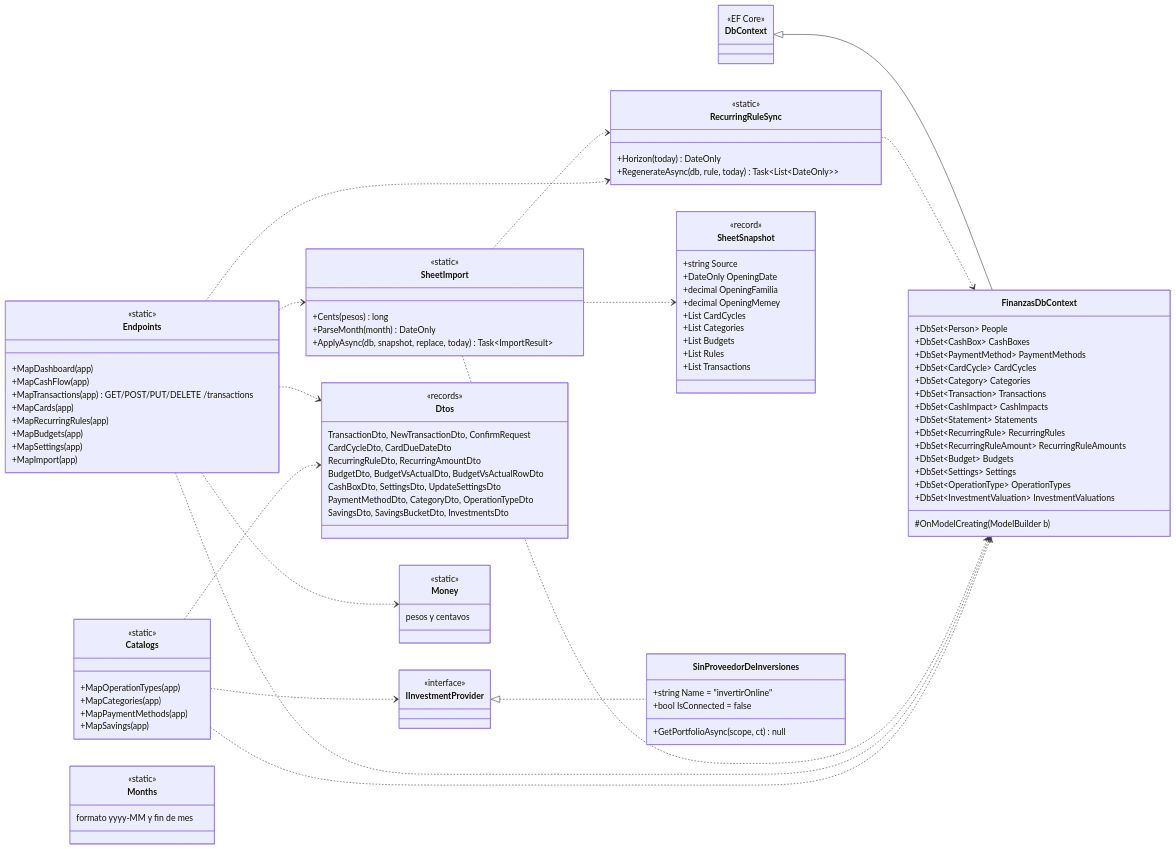
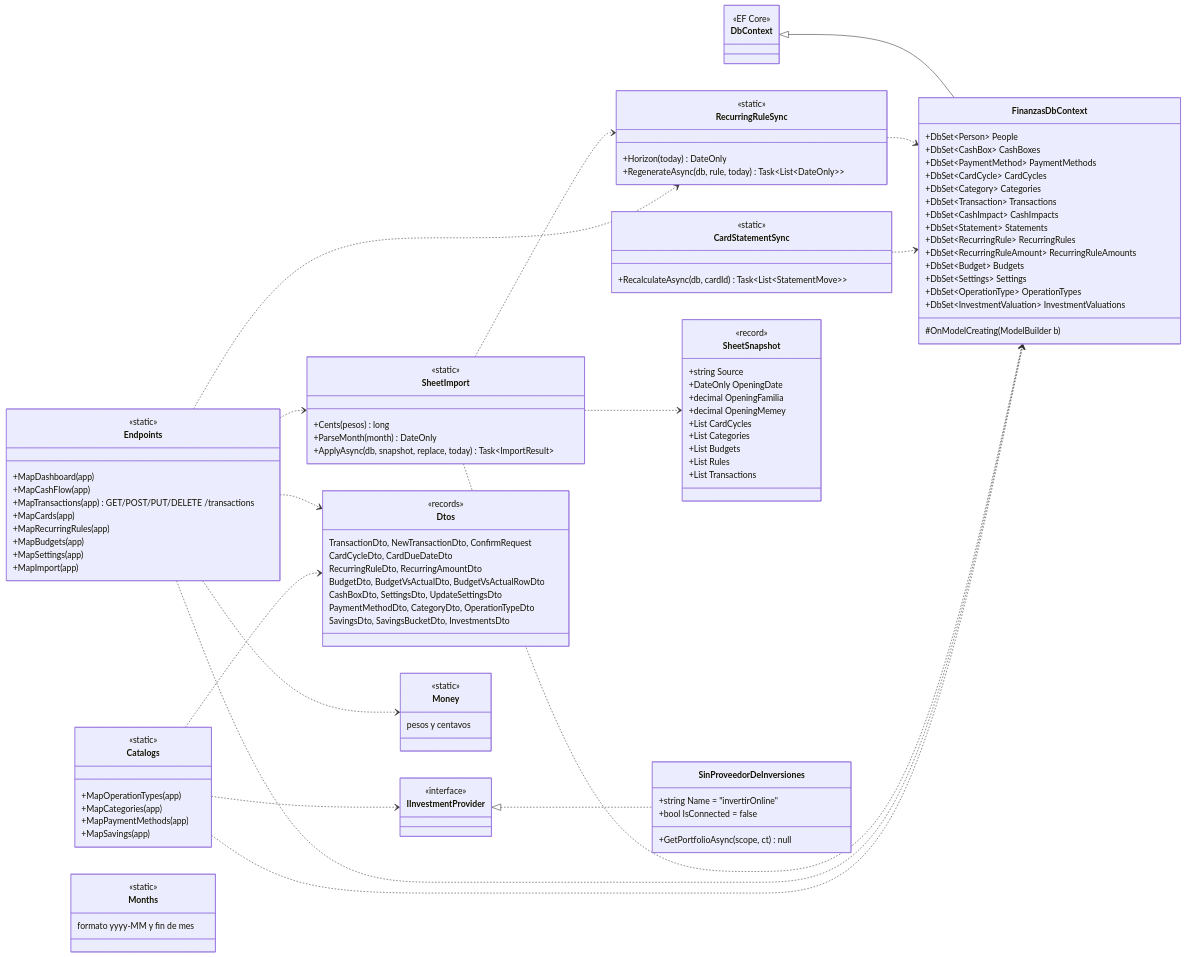
One commit to pmarcore/mis_finanzas_app changed the fourth of 4 diagrams in docs/clases-backend.md. Above: the diagram before and after it, drawn with Mermaid. The commit also changed other lines of this file and 19 other files, not shown here.

```diff
--- a/docs/clases-backend.md
+++ b/docs/clases-backend.md
@@ -367,6 +372,10 @@
         <<static>>
         +Horizon(today) DateOnly
         +RegenerateAsync(db, rule, today) Task~List~DateOnly~~
+    }
+    class CardStatementSync {
+        <<static>>
+        +RecalculateAsync(db, cardId) Task~List~StatementMove~~
     }
     class SheetImport {
         <<static>>
@@ -434,6 +443,7 @@
     DbContext <|-- FinanzasDbContext
     IInvestmentProvider <|.. SinProveedorDeInversiones
     RecurringRuleSync ..> FinanzasDbContext
+    CardStatementSync ..> FinanzasDbContext
     SheetImport ..> FinanzasDbContext
     SheetImport ..> SheetSnapshot
     SheetImport ..> RecurringRuleSync
```
